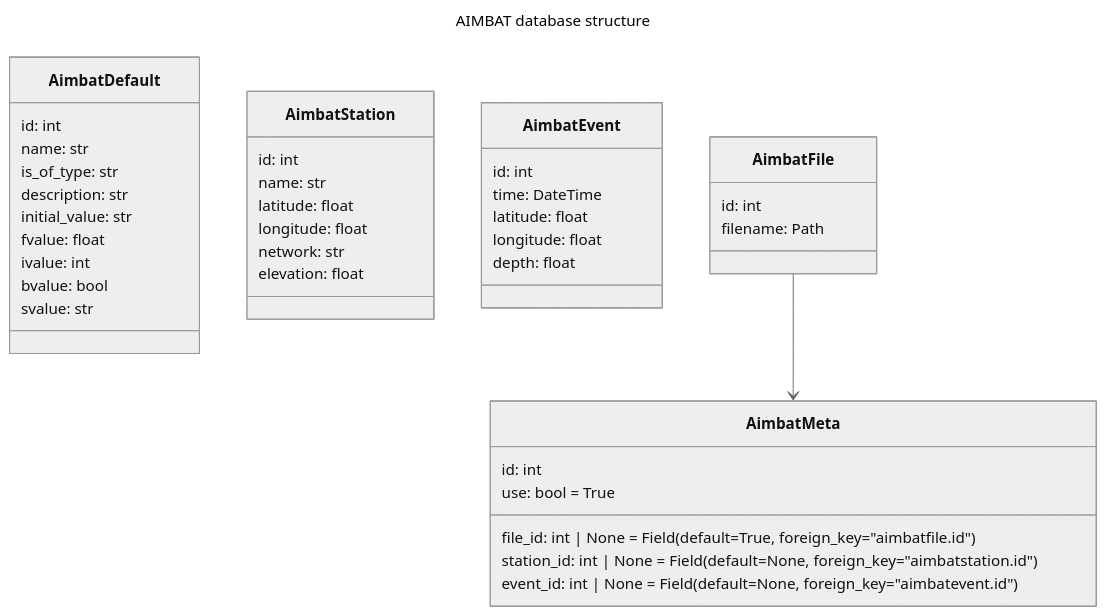
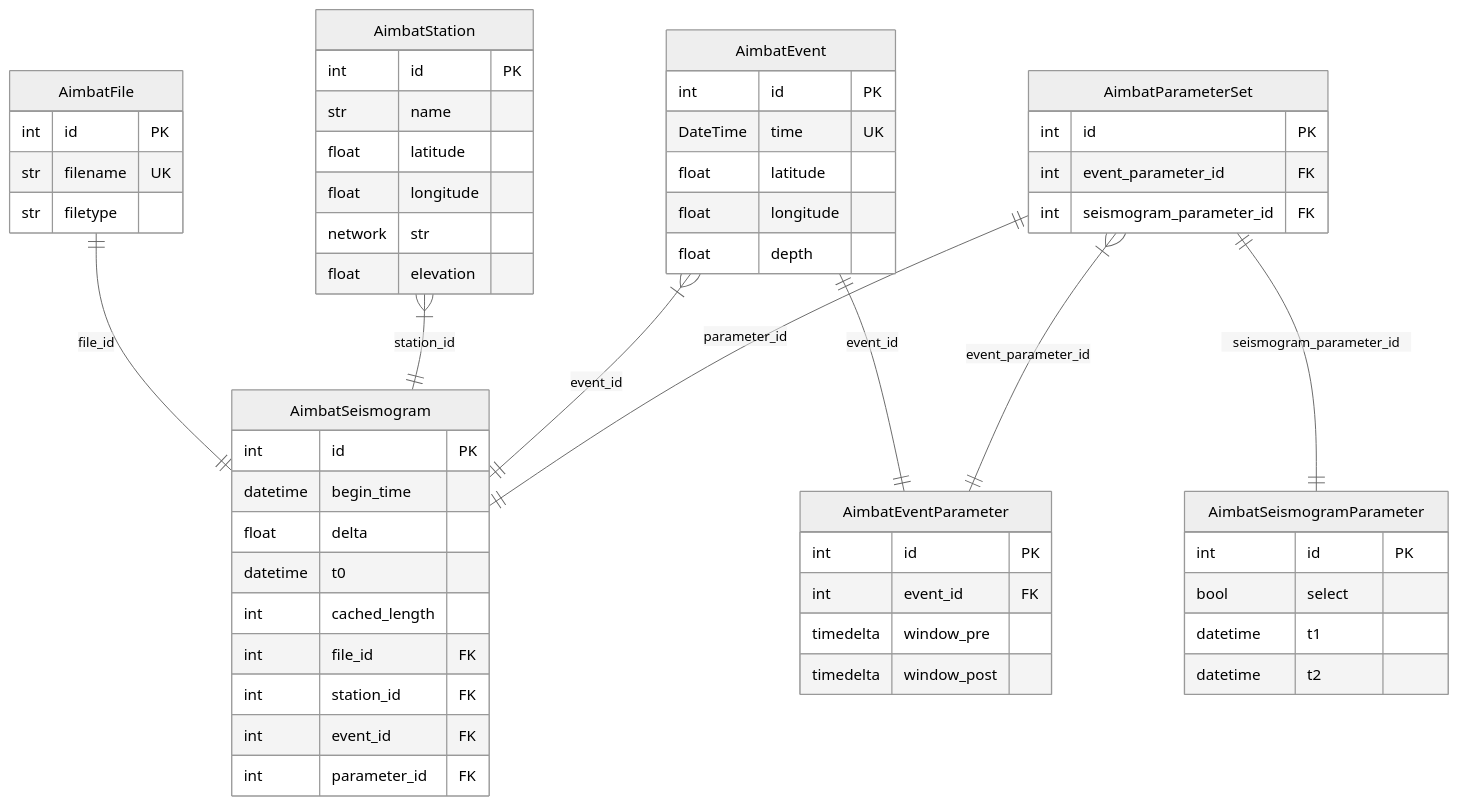
One commit to pysmo/aimbat changed the diagram in docs/user-guide/data.md. Above: the diagram before and after it, drawn with Mermaid (neutral theme). The commit also changed 9 other files, not shown here.

````diff
--- a/docs/user-guide/data.md
+++ b/docs/user-guide/data.md
@@ -87,49 +87,65 @@
 ``` mermaid
----
-title: AIMBAT database structure
----
-classDiagram
-  class AimbatDefault{
-    id: int
-    name: str
-    is_of_type: str
-    description: str
-    initial_value: str
-    fvalue: float
-    ivalue: int
-    bvalue: bool
-    svalue: str
+erDiagram
+  AimbatFile {
+    int id PK
+    str filename UK
+    str filetype
   }
 
-  class AimbatStation{
-    id: int
-    name: str
-    latitude: float
-    longitude: float
-    network: str
-    elevation: float
+  AimbatStation {
+    int id PK
+    str name
+    float latitude
+    float longitude
+    network str
+    float elevation
   }
 
-  class AimbatEvent{
-    id: int
-    time: DateTime
-    latitude: float
-    longitude: float
-    depth: float
+  AimbatEvent {
+    int id PK
+    DateTime time UK
+    float latitude
+    float longitude
+    float depth
   }
 
-  class AimbatFile{
-    id: int
-    filename: Path
+  AimbatSeismogram {
+    int id PK
+    datetime begin_time
+    float delta
+    datetime t0
+    int cached_length
+    int file_id FK
+    int station_id FK
+    int event_id FK
+    int parameter_id FK
+  }
+  AimbatFile ||--|| AimbatSeismogram : file_id
+  AimbatStation }|--|| AimbatSeismogram : station_id
+  AimbatEvent }|--|| AimbatSeismogram : event_id
+  AimbatParameterSet ||--|| AimbatSeismogram : parameter_id
+
+  AimbatEventParameter {
+    int id PK
+    int event_id FK
+    timedelta window_pre
+    timedelta window_post
+  }
+  AimbatEvent ||--|| AimbatEventParameter : event_id
+
+  AimbatSeismogramParameter {
+    int id PK
+    bool select
+    datetime t1
+    datetime t2
   }
 
-  class AimbatMeta{
-    id: int
-    file_id: int | None = Field(default=True, foreign_key="aimbatfile.id")
-    station_id: int | None = Field(default=None, foreign_key="aimbatstation.id")
-    event_id: int | None = Field(default=None, foreign_key="aimbatevent.id")
-    use: bool = True
+  AimbatParameterSet {
+    int id PK
+    int event_parameter_id FK
+    int seismogram_parameter_id FK
   }
+  AimbatParameterSet }|--|| AimbatEventParameter : event_parameter_id
+  AimbatParameterSet ||--|| AimbatSeismogramParameter: seismogram_parameter_id
 
-AimbatFile  --> AimbatMeta
 ```
````
